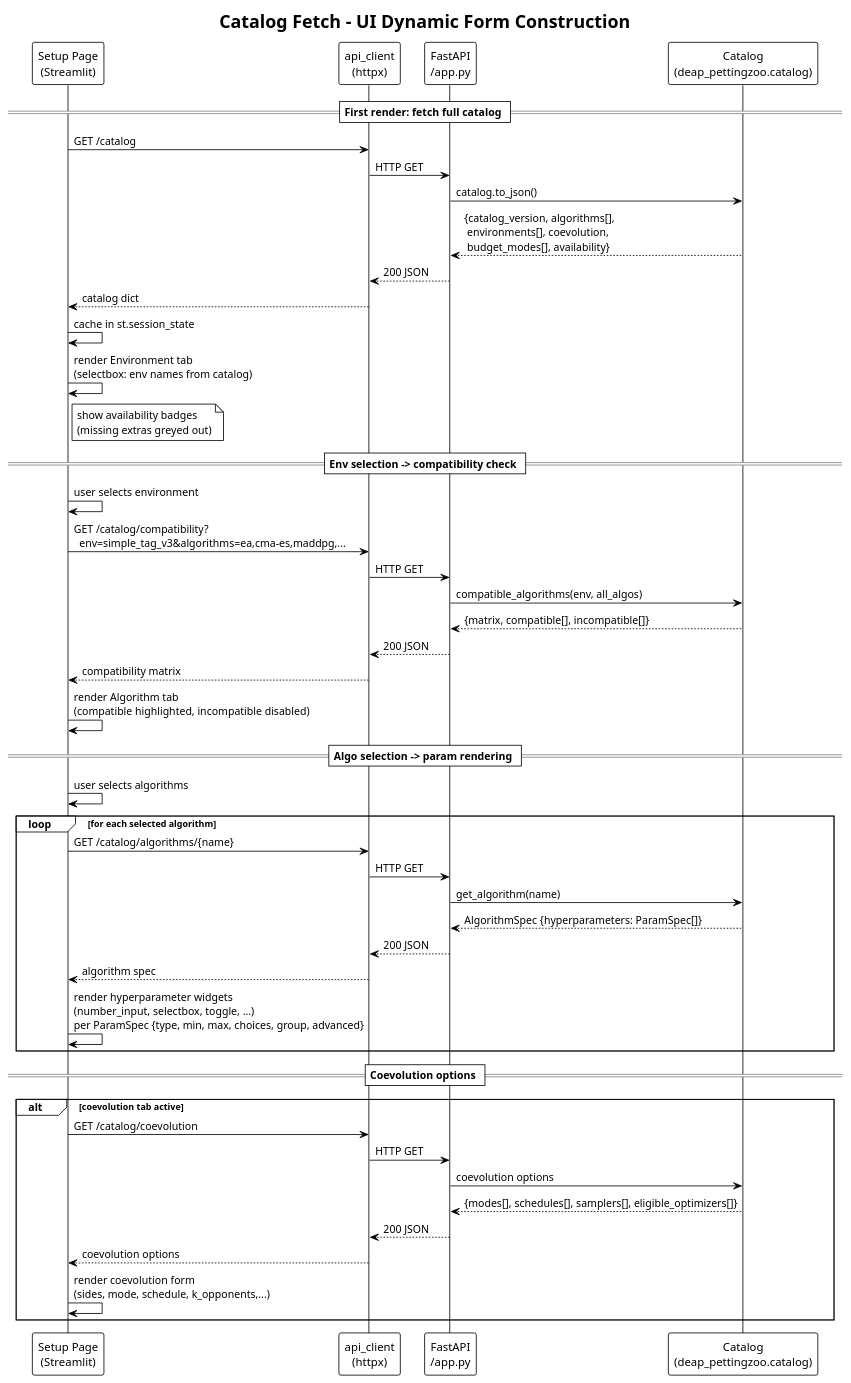
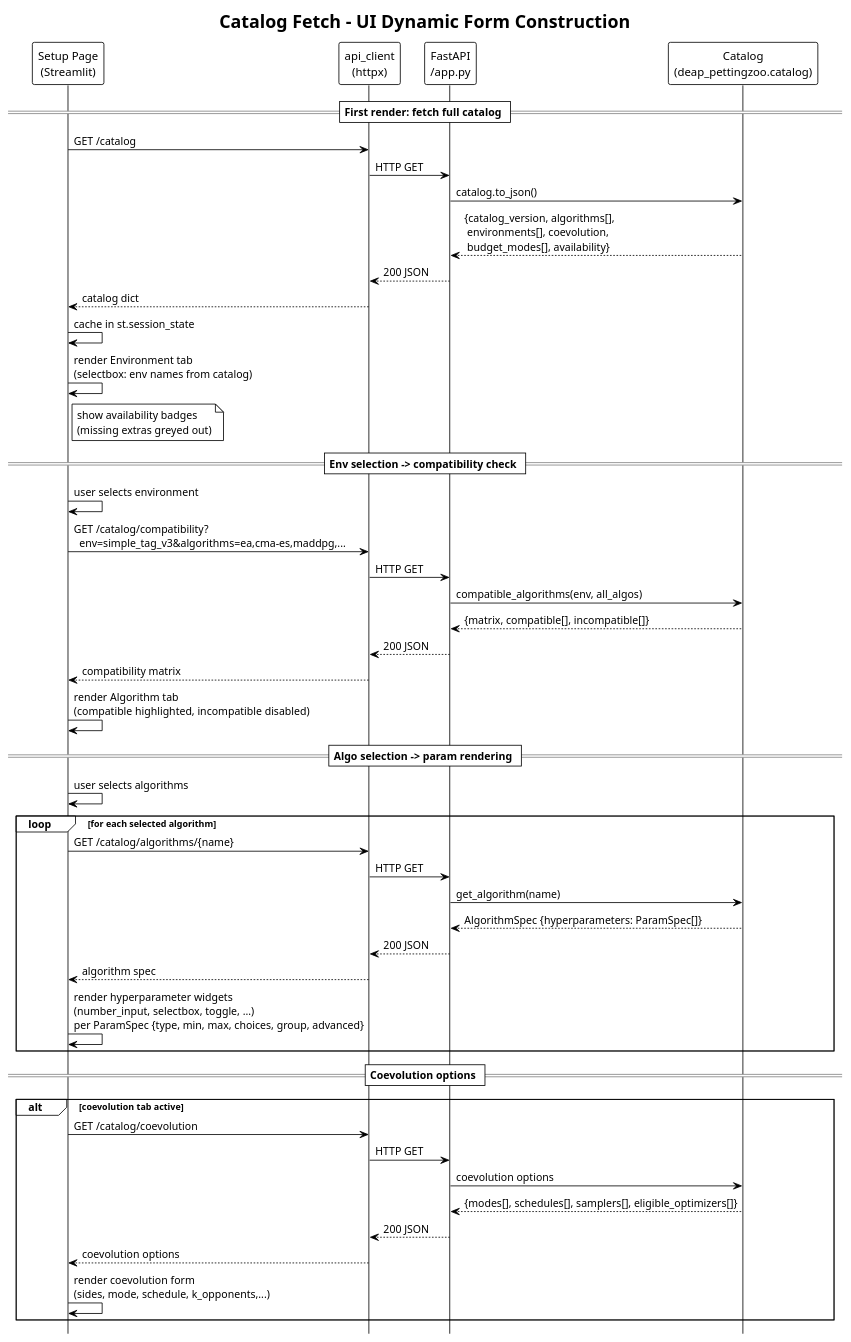
The diagram in docs/UML/sequence_catalog_fetch.puml (Alex180504/DEAP-Zoo-bridge), drawn with PlantUML before and after one commit. The commit also changed 71 other files, not shown here.

Commit message:
Update UML

```diff
--- a/docs/UML/sequence_catalog_fetch.puml
+++ b/docs/UML/sequence_catalog_fetch.puml
@@ -1,61 +1,63 @@
 @startuml sequence_catalog_fetch
 !theme plain
+' Compact layout (tuned per diagram — see README, 'Sequence-diagram layout').
+hide footbox
 title Catalog Fetch – UI Dynamic Form Construction
 
 participant "Setup Page\n(Streamlit)" as Setup
 participant "api_client\n(httpx)" as Client
 participant "FastAPI\n/app.py" as API
 participant "Catalog\n(deap_pettingzoo.catalog)" as Cat
 
 == First render: fetch full catalog ==
 
 Setup -> Client: GET /catalog
 Client -> API: HTTP GET
 API -> Cat: catalog.to_json()
 Cat --> API: {catalog_version, algorithms[],\n environments[], coevolution,\n budget_modes[], availability}
 API --> Client: 200 JSON
 Client --> Setup: catalog dict
 Setup -> Setup: cache in st.session_state
 
 Setup -> Setup: render Environment tab\n(selectbox: env names from catalog)
 note right of Setup: show availability badges\n(missing extras greyed out)
 
 == Env selection -> compatibility check ==
 
 Setup -> Setup: user selects environment
 
 Setup -> Client: GET /catalog/compatibility?\n  env=simple_tag_v3&algorithms=ea,cma-es,maddpg,...
 Client -> API: HTTP GET
 API -> Cat: compatible_algorithms(env, all_algos)
 Cat --> API: {matrix, compatible[], incompatible[]}
 API --> Client: 200 JSON
 Client --> Setup: compatibility matrix
 Setup -> Setup: render Algorithm tab\n(compatible highlighted, incompatible disabled)
 
 == Algo selection -> param rendering ==
 
 Setup -> Setup: user selects algorithms
 
 loop for each selected algorithm
     Setup -> Client: GET /catalog/algorithms/{name}
     Client -> API: HTTP GET
     API -> Cat: get_algorithm(name)
     Cat --> API: AlgorithmSpec {hyperparameters: ParamSpec[]}
     API --> Client: 200 JSON
     Client --> Setup: algorithm spec
     Setup -> Setup: render hyperparameter widgets\n(number_input, selectbox, toggle, ...)\nper ParamSpec {type, min, max, choices, group, advanced}
 end
 
 == Coevolution options ==
 
 alt coevolution tab active
     Setup -> Client: GET /catalog/coevolution
     Client -> API: HTTP GET
     API -> Cat: coevolution options
     Cat --> API: {modes[], schedules[], samplers[], eligible_optimizers[]}
     API --> Client: 200 JSON
     Client --> Setup: coevolution options
     Setup -> Setup: render coevolution form\n(sides, mode, schedule, k_opponents,...)
 end
 
 @enduml
```
